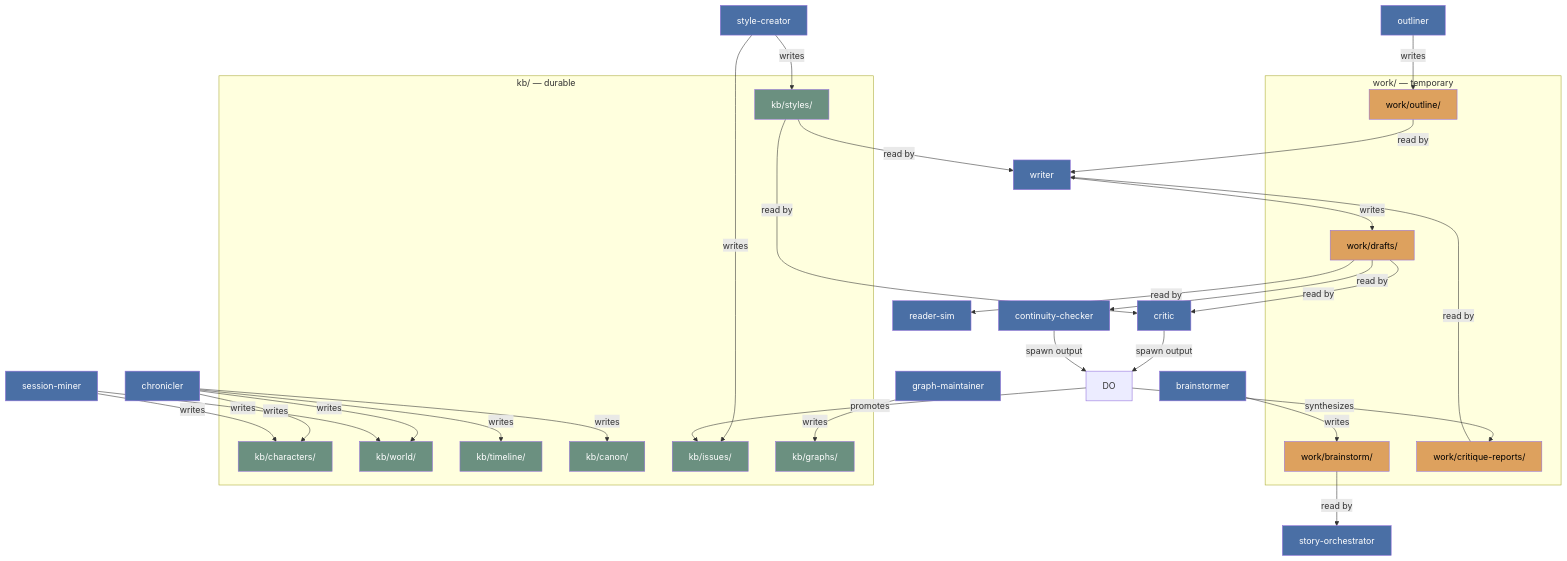
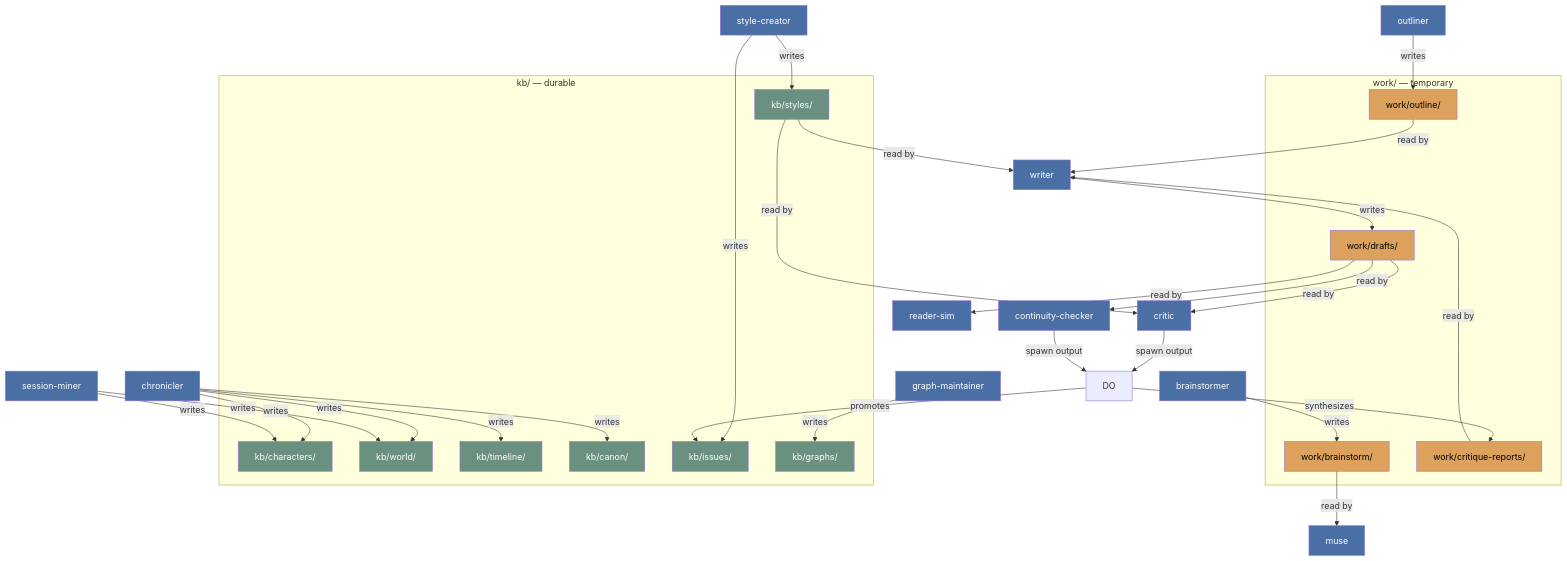
Before and after one commit to haowjy/creative-writing-skills: the fourth of 4 diagrams in docs/architecture.md, drawn with Mermaid. The commit also changed other lines of this file and 47 other files, not shown here.

````diff
--- a/docs/architecture.md
+++ b/docs/architecture.md
@@ -226,59 +239,59 @@
 ```mermaid
 graph TD
     subgraph "work/ — temporary"
         WB["work/brainstorm/"]
         WO["work/outline/"]
         WD["work/drafts/"]
         WC["work/critique-reports/"]
     end
 
     subgraph "kb/ — durable"
         KS["kb/styles/"]
         KC["kb/characters/"]
         KW["kb/world/"]
         KT["kb/timeline/"]
         KCN["kb/canon/"]
         KI["kb/issues/"]
         KG["kb/graphs/"]
     end
 
     BS[brainstormer] -->|writes| WB
-    WB -->|read by| SO[story-orchestrator]
+    WB -->|read by| SO[muse]
 
     OL[outliner] -->|writes| WO
     WO -->|read by| WR[writer]
 
     WR -->|writes| WD
     WD -->|read by| CR[critic]
     WD -->|read by| RS[reader-sim]
     WD -->|read by| CC[continuity-checker]
 
     CR[critic] -->|spawn output| DO
     CC[continuity-checker] -->|spawn output| DO
     DO -->|synthesizes| WC
     WC -->|read by| WR
 
     SC[style-creator] -->|writes| KS
     KS -->|read by| WR
     KS -->|read by| CR
 
     CH[chronicler] -->|writes| KC
     CH -->|writes| KW
     CH -->|writes| KT
     CH -->|writes| KCN
     SM[session-miner] -->|writes| KC
     SM -->|writes| KW
 
     SC -->|writes| KI
     DO -->|promotes| KI
 
     GM[graph-maintainer] -->|writes| KG
 
     classDef work fill:#dda15e,color:#000
     classDef kb fill:#6b9080,color:#fff
     classDef agent fill:#4a6fa5,color:#fff
 
     class WB,WO,WD,WC work
     class KS,KC,KW,KT,KCN,KI,KG kb
     class BS,OL,WR,CR,RS,CC,SC,CH,SM,GM,SO agent
 ```
````
